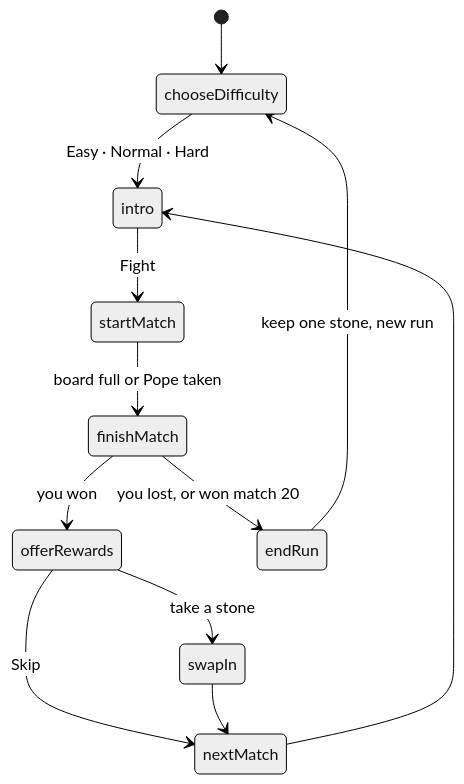
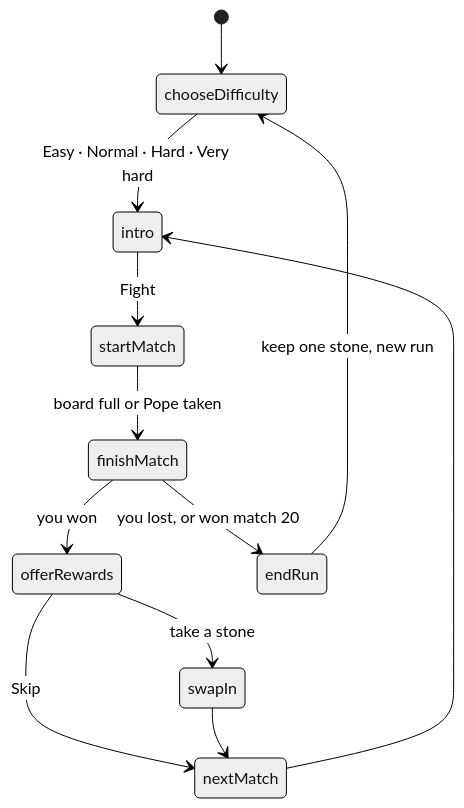
One commit to louisvandenbruwaene/rook-like changed the eighth of 8 diagrams in README.md. Above: the diagram before and after it, drawn with Mermaid (neutral theme). The commit also changed other lines of this file and 6 other files, not shown here.

````diff
--- a/README.md
+++ b/README.md
@@ -221,14 +230,14 @@
 ```mermaid
 stateDiagram-v2
     [*] --> chooseDifficulty
-    chooseDifficulty --> intro : Easy · Normal · Hard
+    chooseDifficulty --> intro : Easy · Normal · Hard · Very hard
     intro --> startMatch : Fight
     startMatch --> finishMatch : board full or Pope taken
     finishMatch --> offerRewards : you won
     offerRewards --> swapIn : take a stone
     offerRewards --> nextMatch : Skip
     swapIn --> nextMatch
     nextMatch --> intro
     finishMatch --> endRun : you lost, or won match 20
     endRun --> chooseDifficulty : keep one stone, new run
 ```
````
